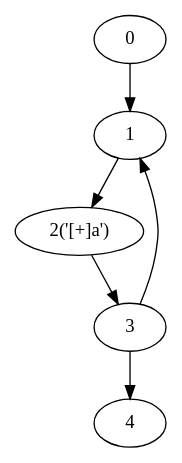
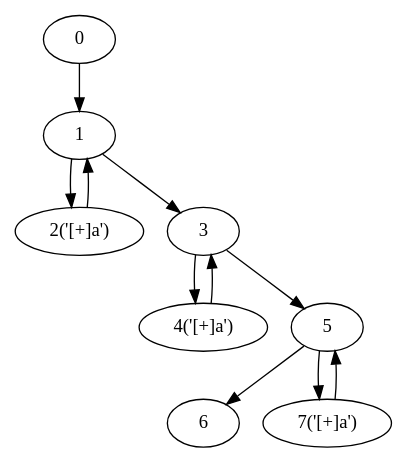
One commit to yyl-20020115/NRegEx changed the diagram in NRegex.Test/Graphs/TestMethod15.dot. Above: the diagram before and after it, drawn with Graphviz. The commit also changed 5 other files, not shown here.

```diff
--- a/NRegex.Test/Graphs/TestMethod15.dot
+++ b/NRegex.Test/Graphs/TestMethod15.dot
@@ -1,12 +1,29 @@
 digraph g {
+	0 ;
+	0 ;
+	0 ;
+	0 ;
+	0 ;
+	0 ;
+	0 ;
+	0 ;
+	0 ;
 	0 ;
 	1 ;
 	2 [label="2('[+]a')"];
 	3 ;
-	4 ;
+	4 [label="4('[+]a')"];
+	5 ;
+	6 ;
+	7 [label="7('[+]a')"];
 	0->1;
-	3->1;
+	2->1;
 	1->2;
-	2->3;
+	1->3;
+	4->3;
 	3->4;
+	3->5;
+	7->5;
+	5->6;
+	5->7;
 }
```
